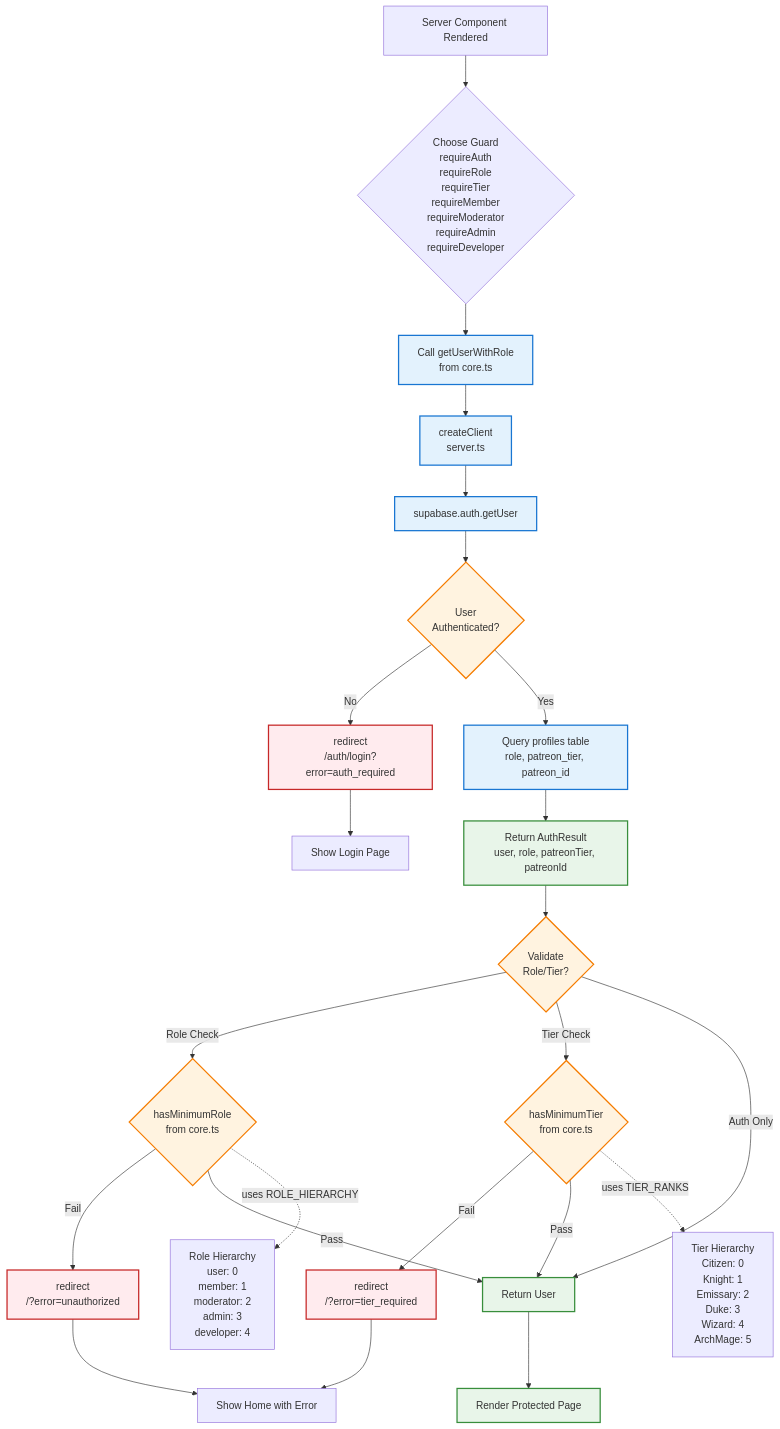
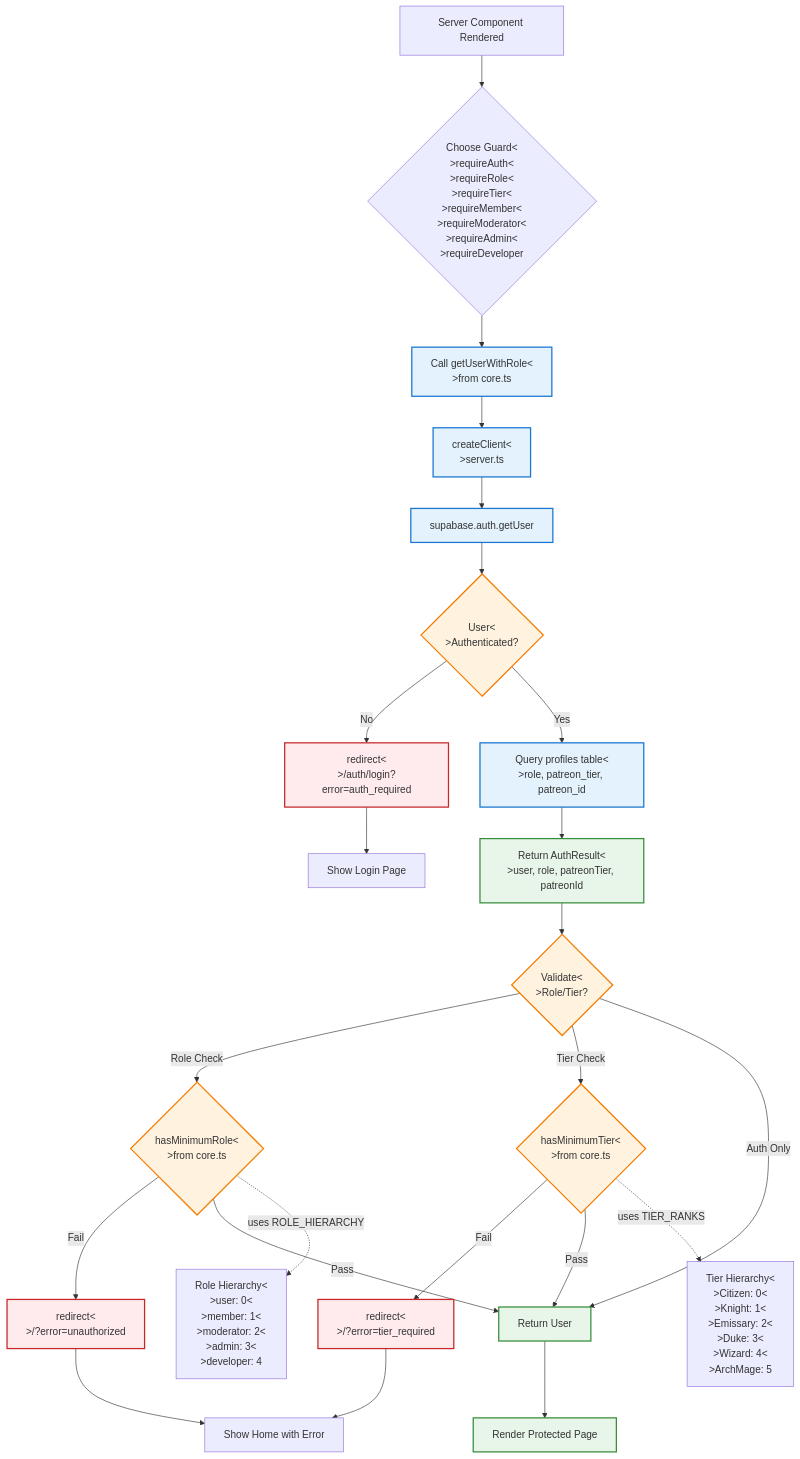
One commit to the-muppet/defcat-website changed the second of 5 diagrams in docs/diagrams/authentication-flow.md. Above: the diagram before and after it, drawn with Mermaid. The commit also changed other lines of this file and 6 other files, not shown here.

Commit message:
Standardize mermaid <br> line breaks in documentation diagrams

````diff
--- a/docs/diagrams/authentication-flow.md
+++ b/docs/diagrams/authentication-flow.md
@@ -70,47 +70,47 @@
 ```mermaid
 flowchart TD
-    Start[Server Component Rendered] --> RequireAuth{Choose Guard<br/>requireAuth<br/>requireRole<br/>requireTier<br/>requireMember<br/>requireModerator<br/>requireAdmin<br/>requireDeveloper}
+    Start[Server Component Rendered] --> RequireAuth{Choose Guard<<br>>requireAuth<<br>>requireRole<<br>>requireTier<<br>>requireMember<<br>>requireModerator<<br>>requireAdmin<<br>>requireDeveloper}
 
-    RequireAuth --> CoreAuth[Call getUserWithRole<br/>from core.ts]
-    CoreAuth --> CreateClient[createClient<br/>server.ts]
+    RequireAuth --> CoreAuth[Call getUserWithRole<<br>>from core.ts]
+    CoreAuth --> CreateClient[createClient<<br>>server.ts]
     CreateClient --> GetUser[supabase.auth.getUser]
-    GetUser --> UserExists{User<br/>Authenticated?}
+    GetUser --> UserExists{User<<br>>Authenticated?}
 
-    UserExists -->|No| RedirectLogin[redirect<br/>/auth/login?error=auth_required]
-    UserExists -->|Yes| FetchProfile[Query profiles table<br/>role, patreon_tier, patreon_id]
+    UserExists -->|No| RedirectLogin[redirect<<br>>/auth/login?error=auth_required]
+    UserExists -->|Yes| FetchProfile[Query profiles table<<br>>role, patreon_tier, patreon_id]
 
-    FetchProfile --> ReturnAuthResult[Return AuthResult<br/>user, role, patreonTier, patreonId]
-    ReturnAuthResult --> ValidateAccess{Validate<br/>Role/Tier?}
+    FetchProfile --> ReturnAuthResult[Return AuthResult<<br>>user, role, patreonTier, patreonId]
+    ReturnAuthResult --> ValidateAccess{Validate<<br>>Role/Tier?}
 
-    ValidateAccess -->|Role Check| CheckRole{hasMinimumRole<br/>from core.ts}
-    ValidateAccess -->|Tier Check| CheckTier{hasMinimumTier<br/>from core.ts}
+    ValidateAccess -->|Role Check| CheckRole{hasMinimumRole<<br>>from core.ts}
+    ValidateAccess -->|Tier Check| CheckTier{hasMinimumTier<<br>>from core.ts}
     ValidateAccess -->|Auth Only| Success[Return User]
 
-    CheckRole -->|Fail| RedirectHome[redirect<br/>/?error=unauthorized]
+    CheckRole -->|Fail| RedirectHome[redirect<<br>>/?error=unauthorized]
     CheckRole -->|Pass| Success
-    CheckTier -->|Fail| RedirectTier[redirect<br/>/?error=tier_required]
+    CheckTier -->|Fail| RedirectTier[redirect<<br>>/?error=tier_required]
     CheckTier -->|Pass| Success
 
     Success --> RenderPage[Render Protected Page]
     RedirectLogin --> ShowLogin[Show Login Page]
     RedirectHome --> ShowHome[Show Home with Error]
     RedirectTier --> ShowHome
 
     %% Hierarchy Notes
-    RoleHierarchy[Role Hierarchy<br/>user: 0<br/>member: 1<br/>moderator: 2<br/>admin: 3<br/>developer: 4]
-    TierHierarchy[Tier Hierarchy<br/>Citizen: 0<br/>Knight: 1<br/>Emissary: 2<br/>Duke: 3<br/>Wizard: 4<br/>ArchMage: 5]
+    RoleHierarchy[Role Hierarchy<<br>>user: 0<<br>>member: 1<<br>>moderator: 2<<br>>admin: 3<<br>>developer: 4]
+    TierHierarchy[Tier Hierarchy<<br>>Citizen: 0<<br>>Knight: 1<<br>>Emissary: 2<<br>>Duke: 3<<br>>Wizard: 4<<br>>ArchMage: 5]
 
     CheckRole -.uses ROLE_HIERARCHY.-> RoleHierarchy
     CheckTier -.uses TIER_RANKS.-> TierHierarchy
 
     %% Styling
     classDef success fill:#e8f5e9,stroke:#388e3c,stroke-width:2px
     classDef error fill:#ffebee,stroke:#c62828,stroke-width:2px
     classDef process fill:#e3f2fd,stroke:#1976d2,stroke-width:2px
     classDef decision fill:#fff3e0,stroke:#f57c00,stroke-width:2px
 
     class RenderPage,ReturnAuthResult,Success success
     class RedirectLogin,RedirectHome,RedirectTier error
     class CreateClient,GetUser,FetchProfile,CoreAuth process
     class UserExists,CheckRole,CheckTier,ValidateAccess decision
 ```
````
